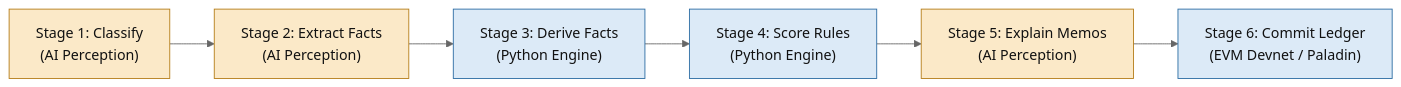
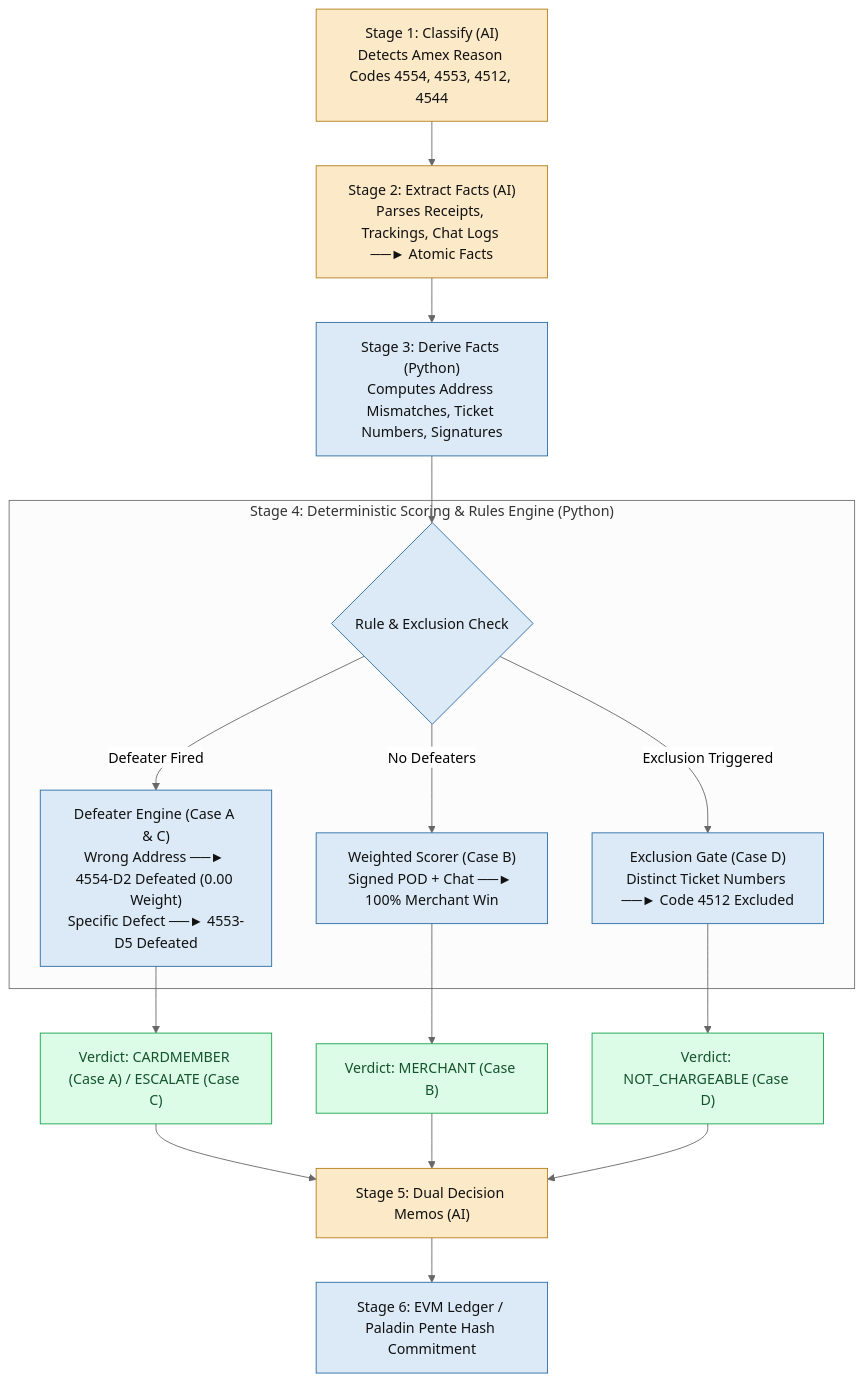
Before and after one commit to sogalabhi/amex-prototype: the first of 2 diagrams in PRESENTATION_DECK.md, drawn with Mermaid (neutral theme). The commit also changed other lines of this file, not shown here.

Commit message:
docs: map real cases (A, B, C, D) directly onto Slide 5 execution flowchart

````diff
--- a/PRESENTATION_DECK.md
+++ b/PRESENTATION_DECK.md
@@ -77,13 +77,28 @@
 ```mermaid
-flowchart LR
-    S1["Stage 1: Classify<br/>(AI Perception)"] --> S2["Stage 2: Extract Facts<br/>(AI Perception)"]
-    S2 --> S3["Stage 3: Derive Facts<br/>(Python Engine)"]
-    S3 --> S4["Stage 4: Score Rules<br/>(Python Engine)"]
-    S4 --> S5["Stage 5: Explain Memos<br/>(AI Perception)"]
-    S5 --> S6["Stage 6: Commit Ledger<br/>(EVM Devnet / Paladin)"]
+flowchart TD
+    S1["Stage 1: Classify (AI)<br/>Detects Amex Reason Codes 4554, 4553, 4512, 4544"] --> S2
+    S2["Stage 2: Extract Facts (AI)<br/>Parses Receipts, Trackings, Chat Logs ──► Atomic Facts"] --> S3
+    S3["Stage 3: Derive Facts (Python)<br/>Computes Address Mismatches, Ticket Numbers, Signatures"] --> S4
+
+    subgraph ADJUDICATION ["Stage 4: Deterministic Scoring & Rules Engine (Python)"]
+        S4{"Rule & Exclusion Check"}
+        EXC["Exclusion Gate (Case D)<br/>Distinct Ticket Numbers ──► Code 4512 Excluded"]
+        DEF["Defeater Engine (Case A & C)<br/>Wrong Address ──► 4554-D2 Defeated (0.00 Weight)<br/>Specific Defect ──► 4553-D5 Defeated"]
+        SCORE["Weighted Scorer (Case B)<br/>Signed POD + Chat ──► 100% Merchant Win"]
+    end
+
+    S4 -- "Exclusion Triggered" --> EXC --> V4["Verdict: NOT_CHARGEABLE (Case D)"]
+    S4 -- "Defeater Fired" --> DEF --> V1["Verdict: CARDMEMBER (Case A) / ESCALATE (Case C)"]
+    S4 -- "No Defeaters" --> SCORE --> V2["Verdict: MERCHANT (Case B)"]
+
+    V1 & V2 & V4 --> S5["Stage 5: Dual Decision Memos (AI)"]
+    S5 --> S6["Stage 6: EVM Ledger / Paladin Pente Hash Commitment"]
 
     classDef ai fill:#fbe9c8,stroke:#b57d18,color:#111;
     classDef py fill:#dceaf7,stroke:#2b6ca3,color:#111;
+    classDef verdict fill:#dcfce7,stroke:#16a34a,color:#14532d;
+
     class S1,S2,S5 ai;
-    class S3,S4,S6 py;
+    class S3,S4,EXC,DEF,SCORE,S6 py;
+    class V1,V2,V4 verdict;
 ```
````
